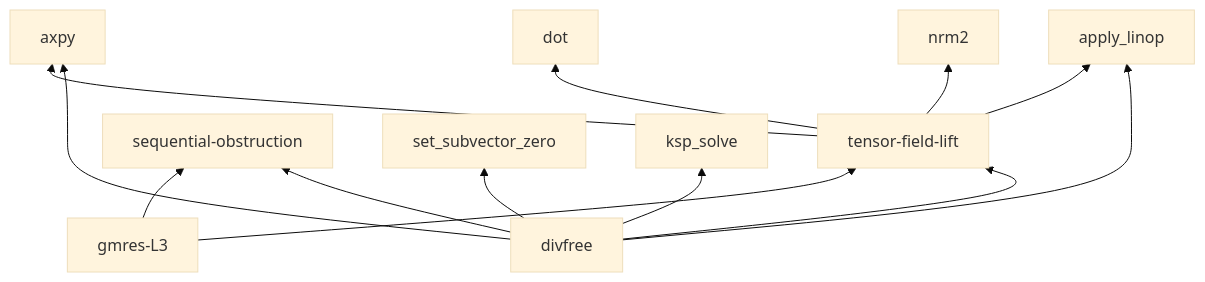
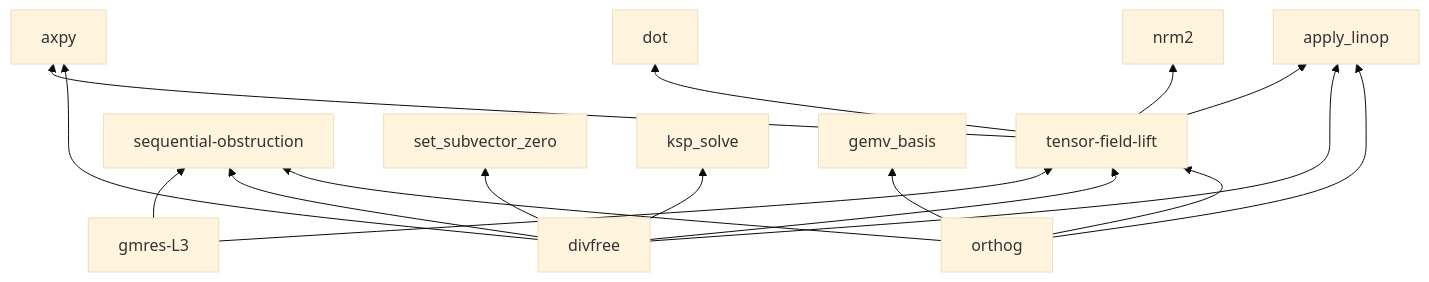
Before and after one commit to crutcher/palace_whiteroom: the fourth of 5 diagrams in book/src/concepts/dependency-map.md, drawn with Mermaid (base theme). The commit also changed 6 other files, not shown here.

````diff
--- a/book/src/concepts/dependency-map.md
+++ b/book/src/concepts/dependency-map.md
@@ -104,15 +104,19 @@
 ```mermaid
 graph BT
   tensor-field-lift --> axpy
   tensor-field-lift --> dot
   tensor-field-lift --> nrm2
   tensor-field-lift --> apply_linop
   gmres-L3 --> tensor-field-lift
   gmres-L3 --> sequential-obstruction
   divfree --> apply_linop
   divfree --> set_subvector_zero
   divfree --> ksp_solve
   divfree --> axpy
   divfree --> tensor-field-lift
   divfree --> sequential-obstruction
+  orthog --> sequential-obstruction
+  orthog --> tensor-field-lift
+  orthog --> gemv_basis
+  orthog --> apply_linop
 ```
````
